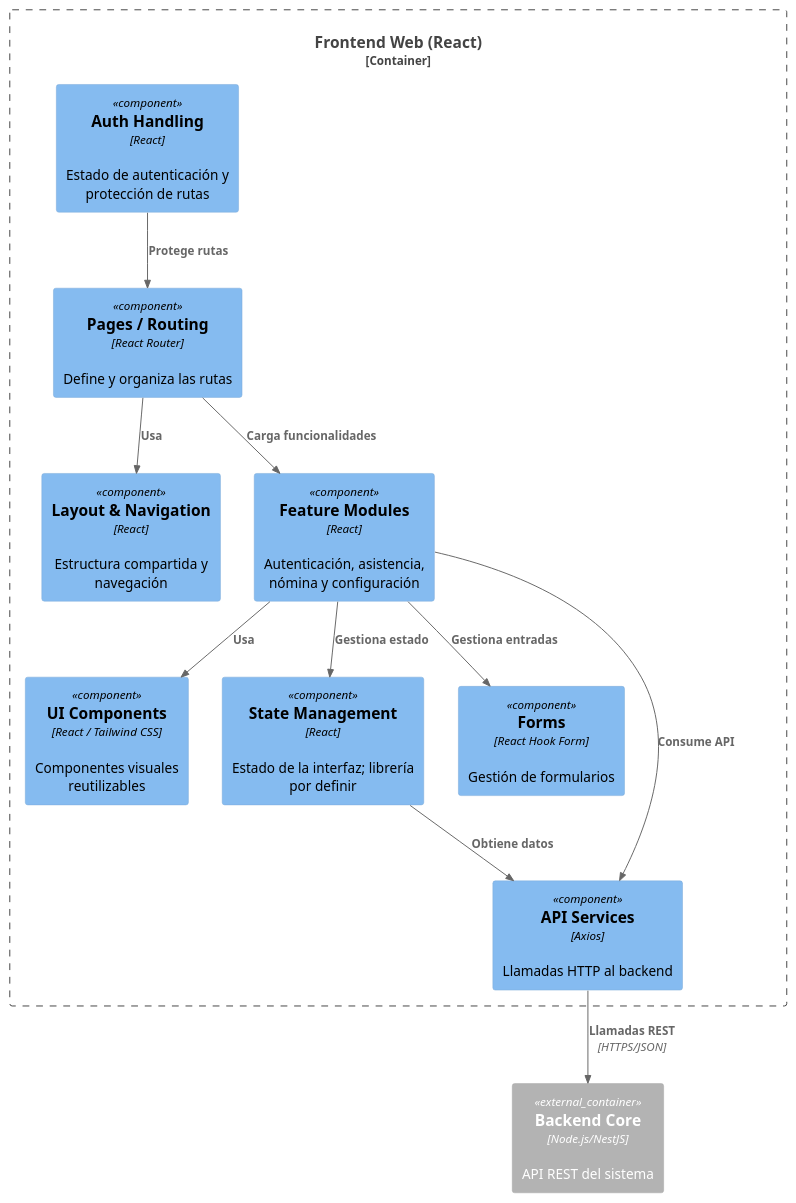
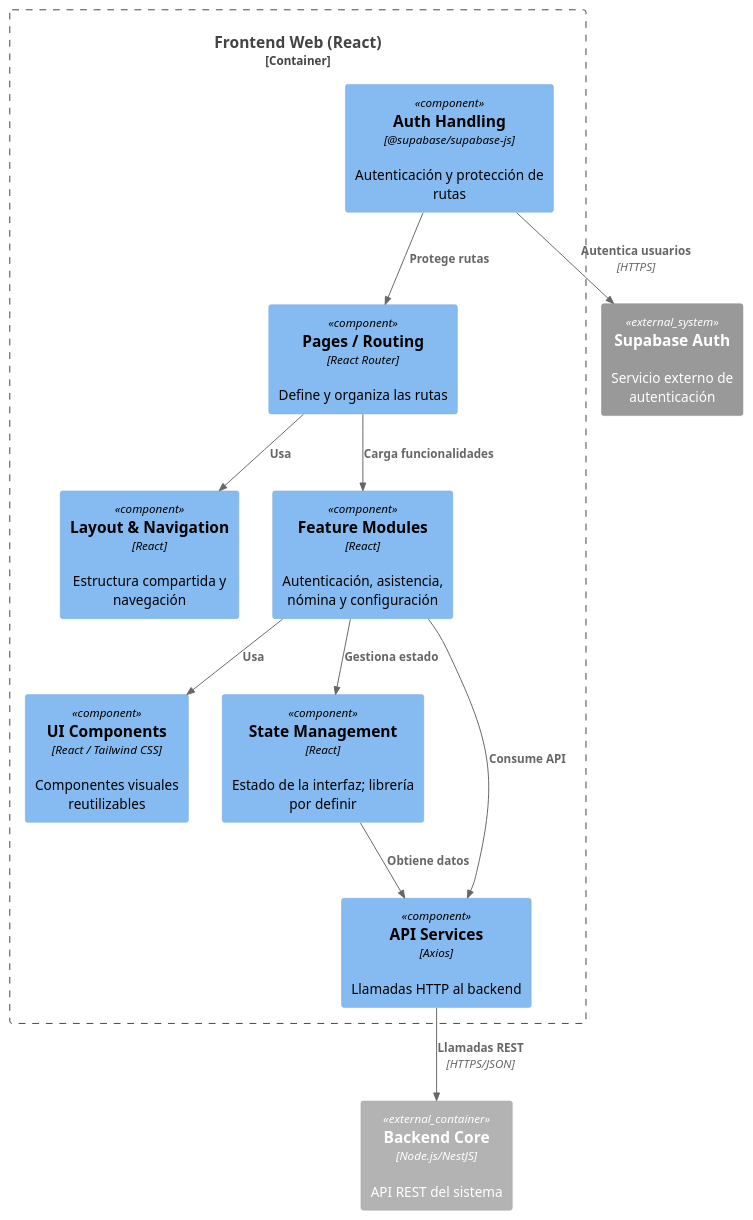
Before and after one commit to sisgal-platform/sisgal-docs: the diagram in docs/diagrams/source/components-frontend.puml, drawn with PlantUML.

Commit message:
docs: correct frontend component diagram

```diff
--- a/docs/diagrams/source/components-frontend.puml
+++ b/docs/diagrams/source/components-frontend.puml
@@ -1,27 +1,27 @@
 @startuml C4_Frontend_Components
 !include https://raw.githubusercontent.com/plantuml-stdlib/C4-PlantUML/master/C4_Component.puml
 
 Container_Ext(backend, "Backend Core", "Node.js/NestJS", "API REST del sistema")
+System_Ext(supabase_auth, "Supabase Auth", "Servicio externo de autenticación")
 
 Container_Boundary(frontend_boundary, "Frontend Web (React)") {
     Component(pages, "Pages / Routing", "React Router", "Define y organiza las rutas")
     Component(layout, "Layout & Navigation", "React", "Estructura compartida y navegación")
     Component(ui, "UI Components", "React / Tailwind CSS", "Componentes visuales reutilizables")
     Component(features, "Feature Modules", "React", "Autenticación, asistencia, nómina y configuración")
     Component(state, "State Management", "React", "Estado de la interfaz; librería por definir")
-    Component(forms, "Forms", "React Hook Form", "Gestión de formularios")
     Component(services, "API Services", "Axios", "Llamadas HTTP al backend")
-    Component(auth, "Auth Handling", "React", "Estado de autenticación y protección de rutas")
+    Component(auth, "Auth Handling", "@supabase/supabase-js", "Autenticación y protección de rutas")
 }
 
 Rel(pages, layout, "Usa")
 Rel(pages, features, "Carga funcionalidades")
 Rel(features, ui, "Usa")
 Rel(features, state, "Gestiona estado")
-Rel(features, forms, "Gestiona entradas")
 Rel(features, services, "Consume API")
 Rel(state, services, "Obtiene datos")
 Rel(auth, pages, "Protege rutas")
 Rel(services, backend, "Llamadas REST", "HTTPS/JSON")
+Rel(auth, supabase_auth, "Autentica usuarios", "HTTPS")
 
 @enduml
```
